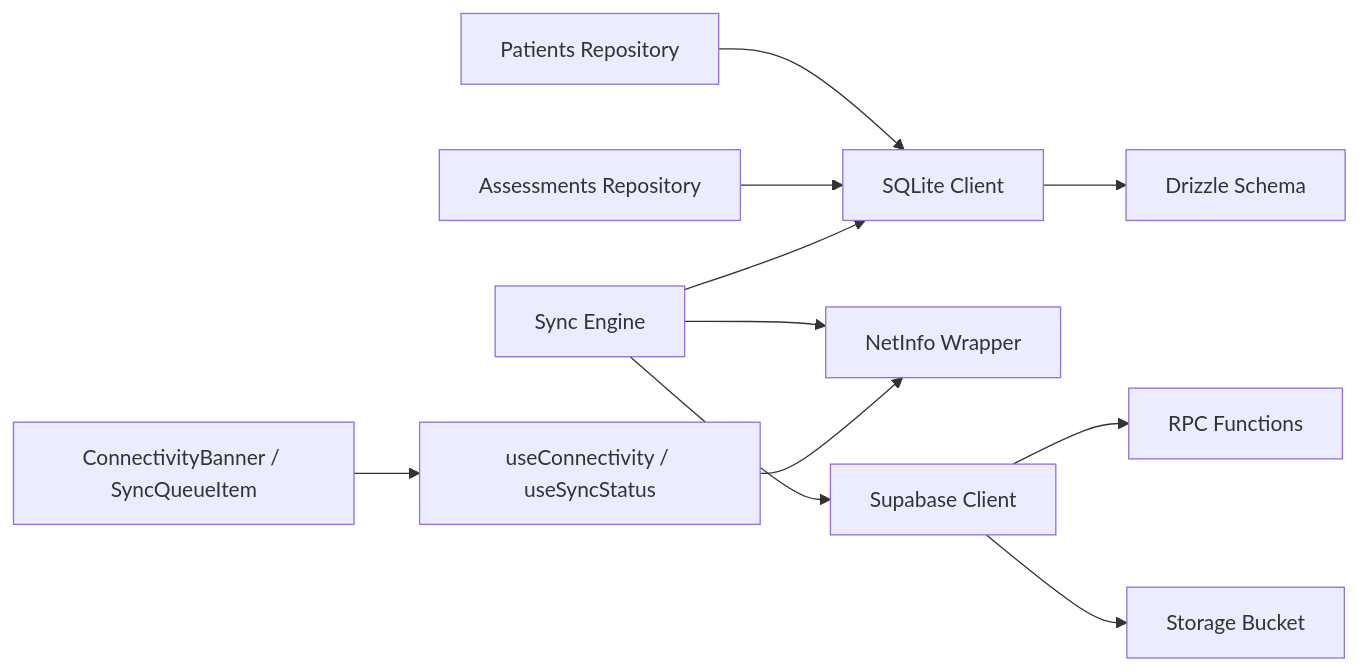
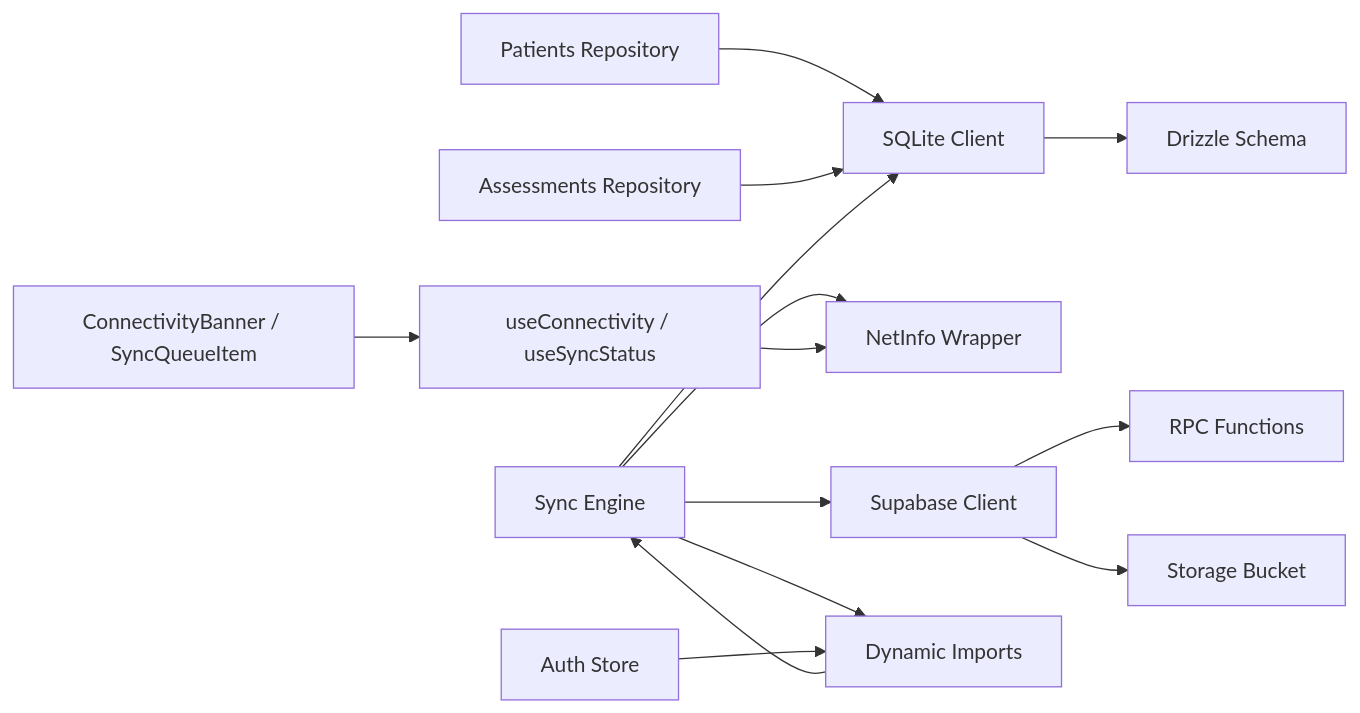
One commit to AdeelTahir-SE/DermSight changed the tenth of 11 diagrams in .qoder/repowiki/en/content/Synchronization System.md. Above: the diagram before and after it, drawn with Mermaid. The commit also changed other lines of this file and 43 other files, not shown here.

````diff
--- a/.qoder/repowiki/en/content/Synchronization System.md
+++ b/.qoder/repowiki/en/content/Synchronization System.md
@@ -523,13 +629,16 @@
 ```mermaid
 graph LR
 RepoP["Patients Repository"] --> DB["SQLite Client"]
 RepoA["Assessments Repository"] --> DB
 DB --> Schema["Drizzle Schema"]
 Engine["Sync Engine"] --> DB
 Engine --> NetInfo["NetInfo Wrapper"]
 Engine --> Supabase["Supabase Client"]
+Engine --> Dynamic["Dynamic Imports"]
+Auth["Auth Store"] --> Dynamic
+Dynamic --> Engine
 Supabase --> RPC["RPC Functions"]
 Supabase --> Storage["Storage Bucket"]
 UI["ConnectivityBanner / SyncQueueItem"] --> Hooks["useConnectivity / useSyncStatus"]
 Hooks --> NetInfo
 ```
````
